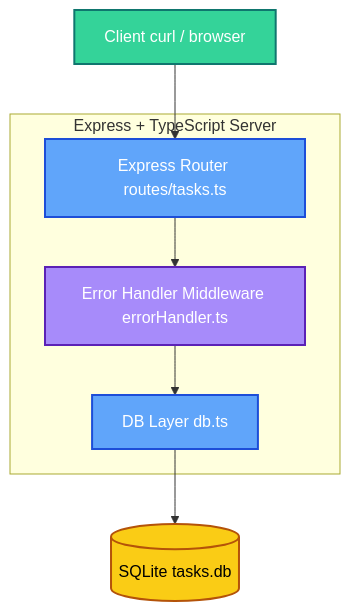
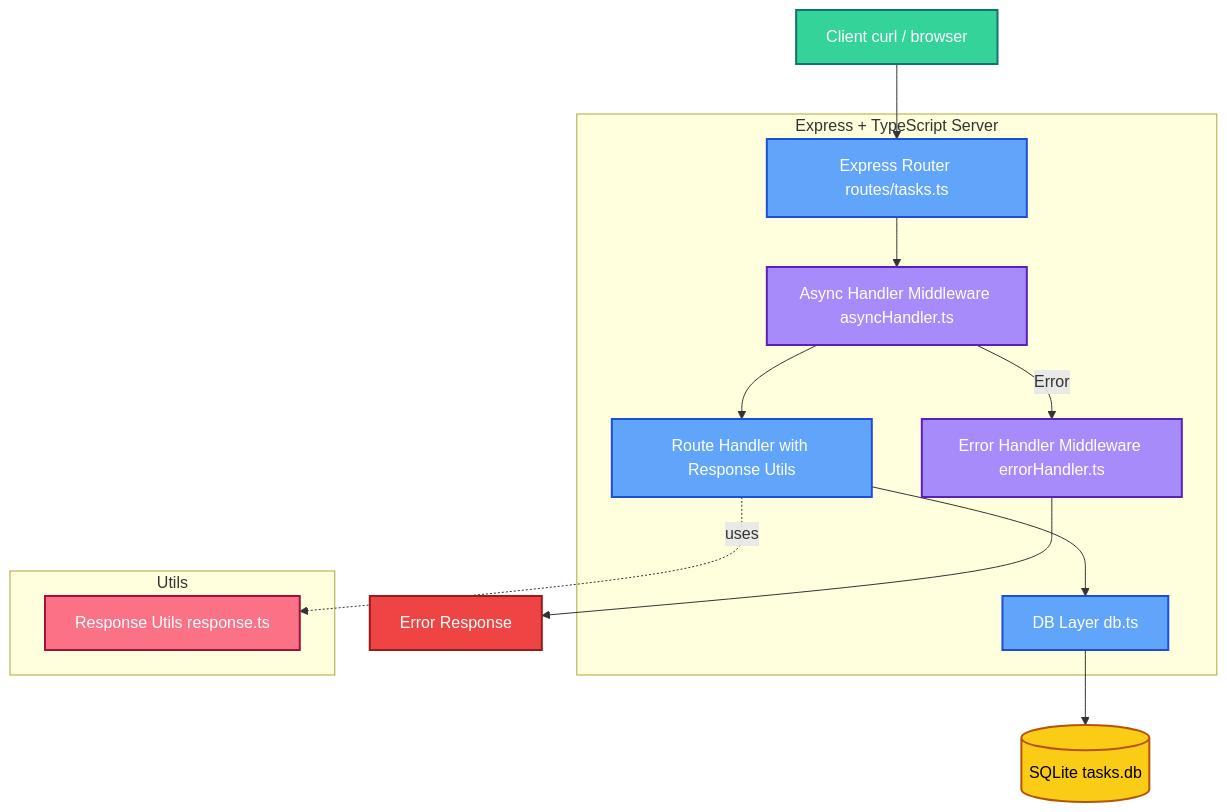
The diagram in practiece/README.md (tokechan/node-express-db-demo), drawn with Mermaid before and after one commit. The commit also changed other lines of this file, not shown here.

Commit message:
Enhance README documentation to include new asyncHandler middleware and response utility functions; update architecture diagram and examples for improved clarity on error handling and response formats

````diff
--- a/practiece/README.md
+++ b/practiece/README.md
@@ -158,24 +263,41 @@
 ```mermaid
 flowchart TD
     A[Client curl / browser] --> B[Express Router routes/tasks.ts]
-    B --> C[Error Handler Middleware errorHandler.ts]
-    C --> D[DB Layer db.ts]
-    D --> E[(SQLite tasks.db)]
+    B --> C[Async Handler Middleware asyncHandler.ts]
+    C --> D[Route Handler with Response Utils]
+    D --> E[DB Layer db.ts]
+    E --> F[(SQLite tasks.db)]
+    C -->|Error| G[Error Handler Middleware errorHandler.ts]
+    G --> H[Error Response]
 
     subgraph Server["Express + TypeScript Server"]
         B
         C
         D
+        E
+        G
     end
+
+    subgraph Utils["Utils"]
+        I[Response Utils response.ts]
+    end
+
+    D -.->|uses| I
 
     classDef client fill:#34d399,stroke:#0f766e,stroke-width:2px,color:#fff
     classDef server fill:#60a5fa,stroke:#1d4ed8,stroke-width:2px,color:#fff
     classDef middleware fill:#a78bfa,stroke:#5b21b6,stroke-width:2px,color:#fff
+    classDef utils fill:#fb7185,stroke:#9f1239,stroke-width:2px,color:#fff
     classDef db fill:#facc15,stroke:#b45309,stroke-width:2px,color:#000
+    classDef error fill:#ef4444,stroke:#991b1b,stroke-width:2px,color:#fff
 
     class A client
     class B server
     class C middleware
     class D server
-    class E db
+    class E server
+    class F db
+    class G middleware
+    class H error
+    class I utils
 ```
````
